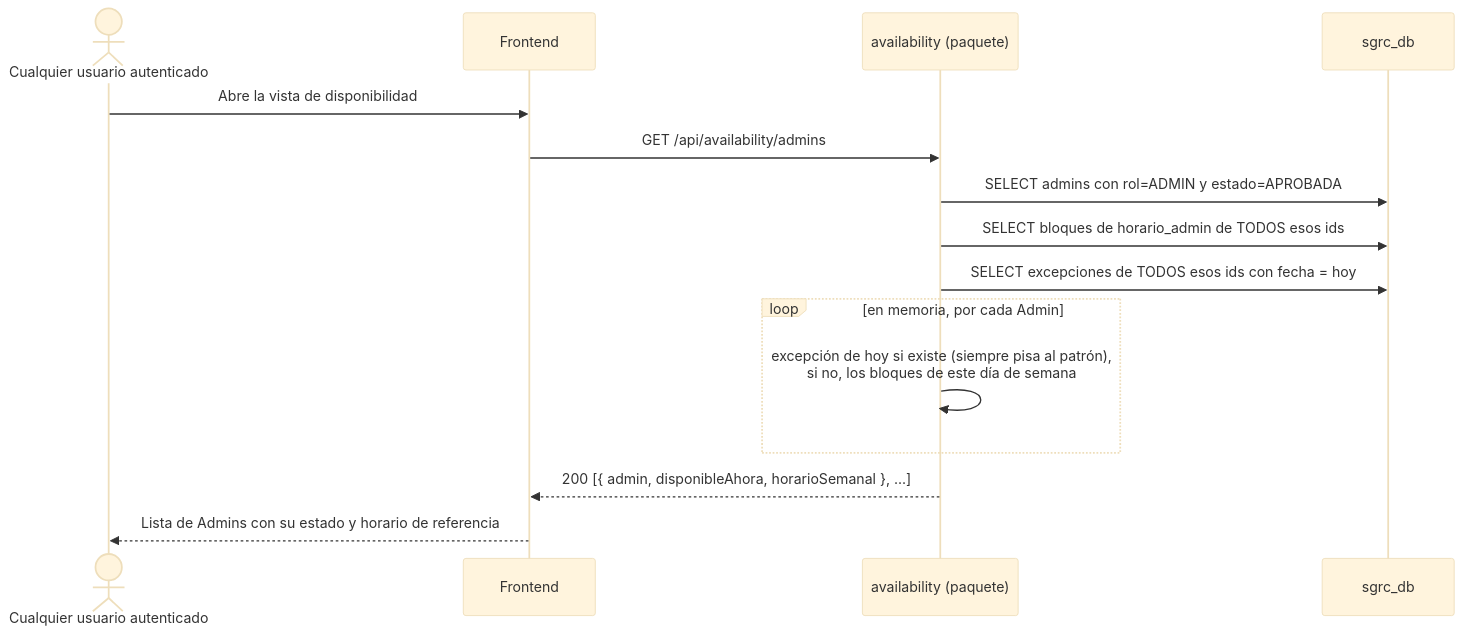
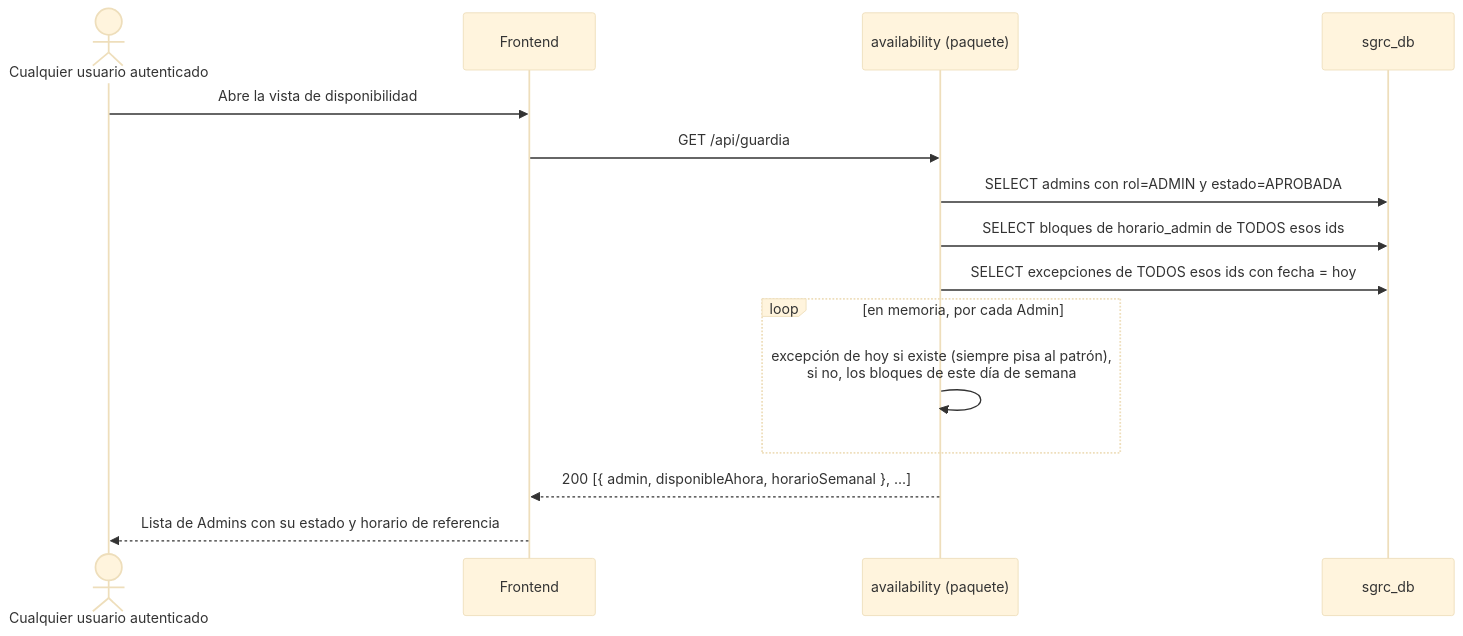
Before and after one commit to agustin-y2k/sgrc: diagram 15 of 15 in docs/04-diagramas-secuencia.md, drawn with Mermaid (base theme). The commit also changed other lines of this file and 17 other files, not shown here.

````diff
--- a/docs/04-diagramas-secuencia.md
+++ b/docs/04-diagramas-secuencia.md
@@ -485,18 +512,18 @@
 ```mermaid
 sequenceDiagram
     actor U as Cualquier usuario autenticado
     participant FE as Frontend
     participant AVAIL as availability (paquete)
     participant DB as sgrc_db
 
     U->>FE: Abre la vista de disponibilidad
-    FE->>AVAIL: GET /api/availability/admins
+    FE->>AVAIL: GET /api/guardia
     AVAIL->>DB: SELECT admins con rol=ADMIN y estado=APROBADA
     AVAIL->>DB: SELECT bloques de horario_admin de TODOS esos ids
     AVAIL->>DB: SELECT excepciones de TODOS esos ids con fecha = hoy
     loop en memoria, por cada Admin
         AVAIL->>AVAIL: excepción de hoy si existe (siempre pisa al patrón),<br/>si no, los bloques de este día de semana
     end
     AVAIL-->>FE: 200 [{ admin, disponibleAhora, horarioSemanal }, ...]
     FE-->>U: Lista de Admins con su estado y horario de referencia
 ```
````
